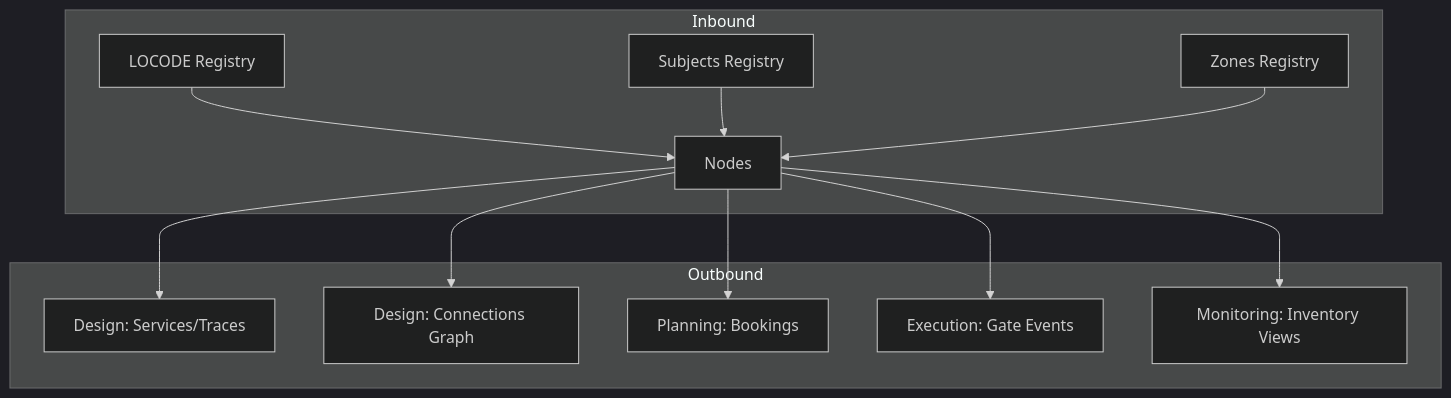
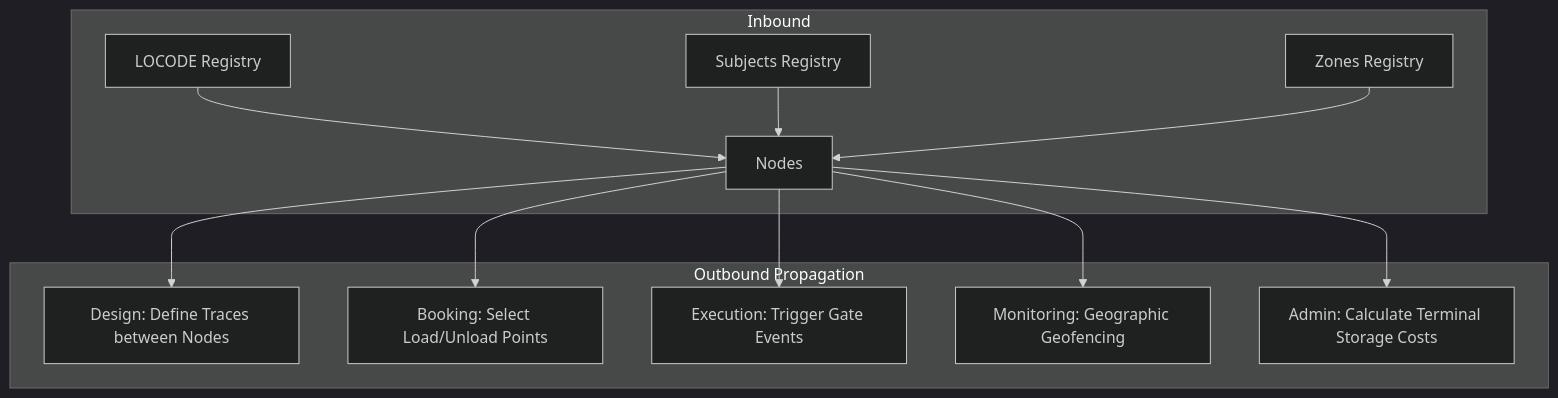
Before and after one commit to wavecentric/docs: the diagram in magemo/modules/general/nodes.mdx, drawn with Mermaid (dark theme). The commit also changed other lines of this file and 12 other files, not shown here.

````diff
--- a/magemo/modules/general/nodes.mdx
+++ b/magemo/modules/general/nodes.mdx
@@ -40,15 +53,15 @@
 ```mermaid
 graph TD
     subgraph "Inbound"
         LC[LOCODE Registry] --> N[Nodes]
         SOG[Subjects Registry] --> N
         ZON[Zones Registry] --> N
     end
-    subgraph "Outbound"
-        N --> DESIGN[Design: Services/Traces]
-        N --> CONNECTIONS[Design: Connections Graph]
-        N --> PLANNING[Planning: Bookings]
-        N --> EXECUTION[Execution: Gate Events]
-        N --> MONITORING[Monitoring: Inventory Views]
+    subgraph "Outbound Propagation"
+        N --> DESIGN[Design: Define Traces between Nodes]
+        N --> BKG[Booking: Select Load/Unload Points]
+        N --> EXE[Execution: Trigger Gate Events]
+        N --> MON[Monitoring: Geographic Geofencing]
+        N --> ADM[Admin: Calculate Terminal Storage Costs]
     end
 ```
````
